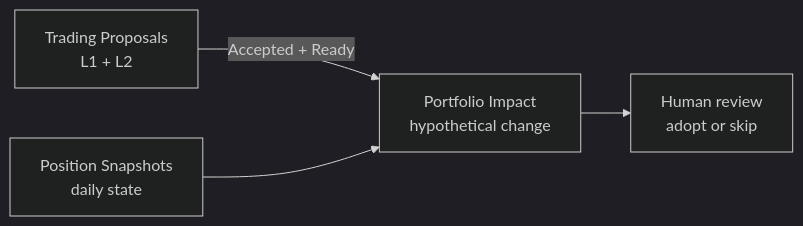
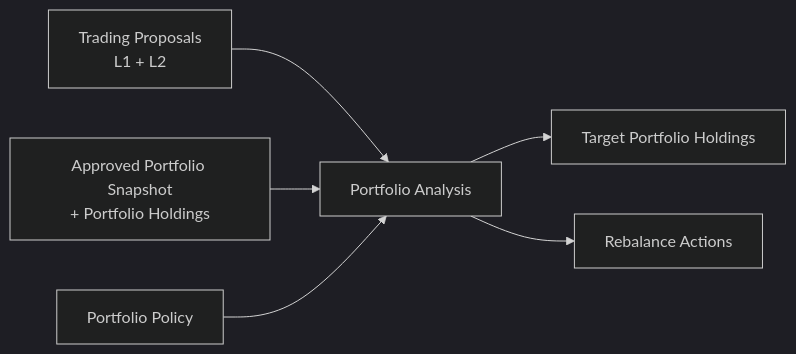
Before and after one commit to jonecheung/investment-ai: the diagram in data/notion/portfolio.md, drawn with Mermaid (dark theme). The commit also changed other lines of this file and 5 other files, not shown here.

First line of the commit message:
Align portfolio schema with analysis workflow and guardrails.

````diff
--- a/data/notion/portfolio.md
+++ b/data/notion/portfolio.md
@@ -137,11 +182,15 @@
 ```mermaid
 flowchart LR
   TP[Trading Proposals<br/>L1 + L2]
-  Snap[Position Snapshots<br/>daily state]
-  Impact[Portfolio Impact<br/>hypothetical change]
-  Review[Human review<br/>adopt or skip]
+  APS[Approved Portfolio Snapshot<br/>+ Portfolio Holdings]
+  Policy[Portfolio Policy]
+  PA[Portfolio Analysis]
+  TPH[Target Portfolio Holdings]
+  RA[Rebalance Actions]
 
-  TP -->|"Accepted + Ready"| Impact
-  Snap --> Impact
-  Impact --> Review
+  TP --> PA
+  APS --> PA
+  Policy --> PA
+  PA --> TPH
+  PA --> RA
 ```
````
